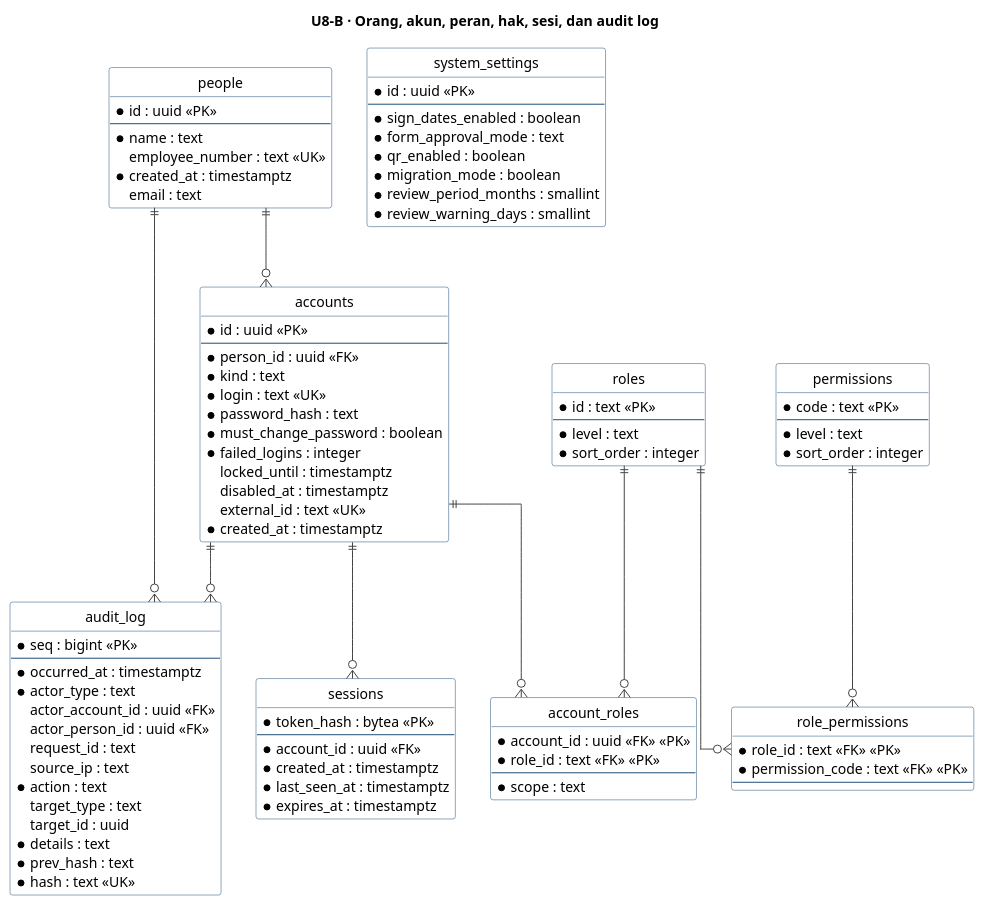
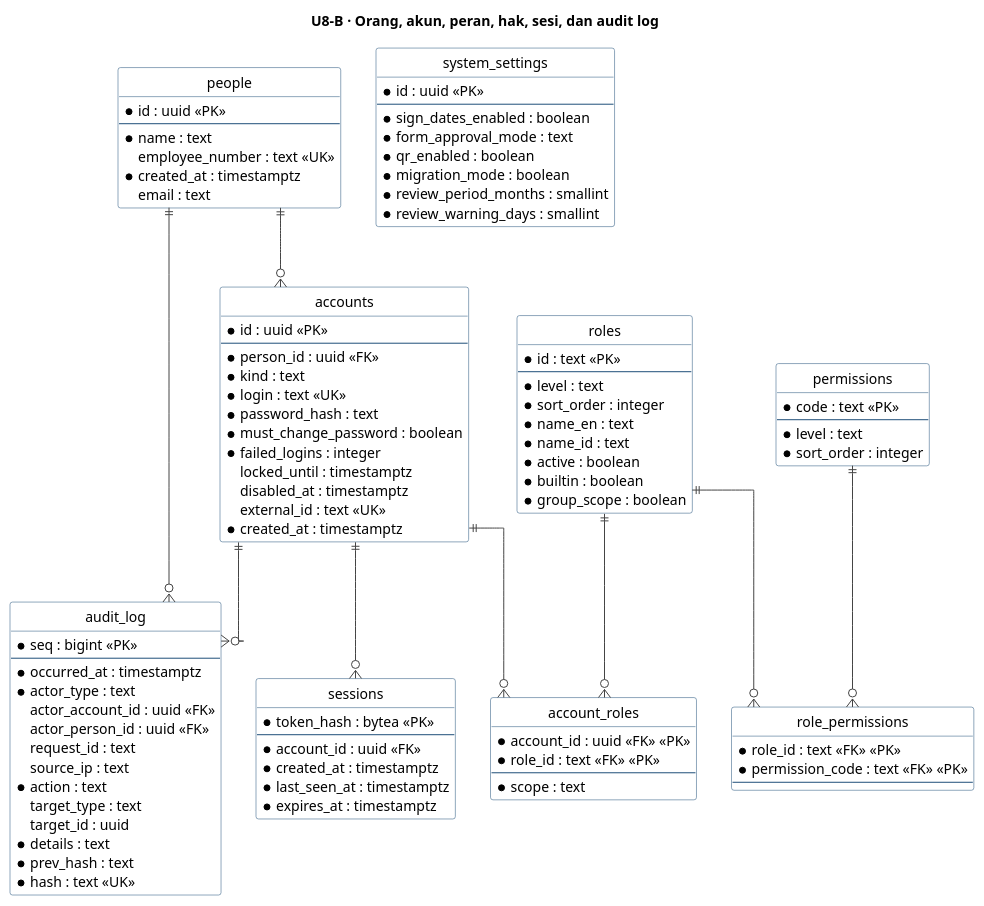
Before and after one commit to dkpauzi/revioten: the second of 10 diagrams in docs/uml/U8-erd.puml, drawn with PlantUML. The commit also changed other lines of this file and 89 other files, not shown here.

```diff
--- a/docs/uml/U8-erd.puml
+++ b/docs/uml/U8-erd.puml
@@ -124,109 +124,114 @@
 @startuml U8-B-akses-dan-audit
 hide circle
 hide empty members
 skinparam linetype ortho
 skinparam shadowing false
 skinparam ArrowColor #444444
 skinparam ClassBorderColor #1F4E79
 skinparam ClassBackgroundColor #FFFFFF
 
 title U8-B · Orang, akun, peran, hak, sesi, dan audit log
 
 entity "people" as people {
   * id : uuid <<PK>>
   --
   * name : text
   employee_number : text <<UK>>
   * created_at : timestamptz
   email : text
 }
 
 entity "accounts" as accounts {
   * id : uuid <<PK>>
   --
   * person_id : uuid <<FK>>
   * kind : text
   * login : text <<UK>>
   * password_hash : text
   * must_change_password : boolean
   * failed_logins : integer
   locked_until : timestamptz
   disabled_at : timestamptz
   external_id : text <<UK>>
   * created_at : timestamptz
 }
 
 entity "sessions" as sessions {
   * token_hash : bytea <<PK>>
   --
   * account_id : uuid <<FK>>
   * created_at : timestamptz
   * last_seen_at : timestamptz
   * expires_at : timestamptz
 }
 
 entity "roles" as roles {
   * id : text <<PK>>
   --
   * level : text
   * sort_order : integer
+  * name_en : text
+  * name_id : text
+  * active : boolean
+  * builtin : boolean
+  * group_scope : boolean
 }
 
 entity "permissions" as permissions {
   * code : text <<PK>>
   --
   * level : text
   * sort_order : integer
 }
 
 entity "role_permissions" as role_permissions {
   * role_id : text <<FK>> <<PK>>
   * permission_code : text <<FK>> <<PK>>
   --
 }
 
 entity "account_roles" as account_roles {
   * account_id : uuid <<FK>> <<PK>>
   * role_id : text <<FK>> <<PK>>
   --
   * scope : text
 }
 
 entity "audit_log" as audit_log {
   * seq : bigint <<PK>>
   --
   * occurred_at : timestamptz
   * actor_type : text
   actor_account_id : uuid <<FK>>
   actor_person_id : uuid <<FK>>
   request_id : text
   source_ip : text
   * action : text
   target_type : text
   target_id : uuid
   * details : text
   * prev_hash : text
   * hash : text <<UK>>
 }
 
 entity "system_settings" as system_settings {
   * id : uuid <<PK>>
   --
   * sign_dates_enabled : boolean
   * form_approval_mode : text
   * qr_enabled : boolean
   * migration_mode : boolean
   * review_period_months : smallint
   * review_warning_days : smallint
 }
 
 accounts ||--o{ account_roles
 roles ||--o{ account_roles
 people ||--o{ accounts
 accounts ||--o{ audit_log
 people ||--o{ audit_log
 permissions ||--o{ role_permissions
 roles ||--o{ role_permissions
 accounts ||--o{ sessions
 
 @enduml
```
